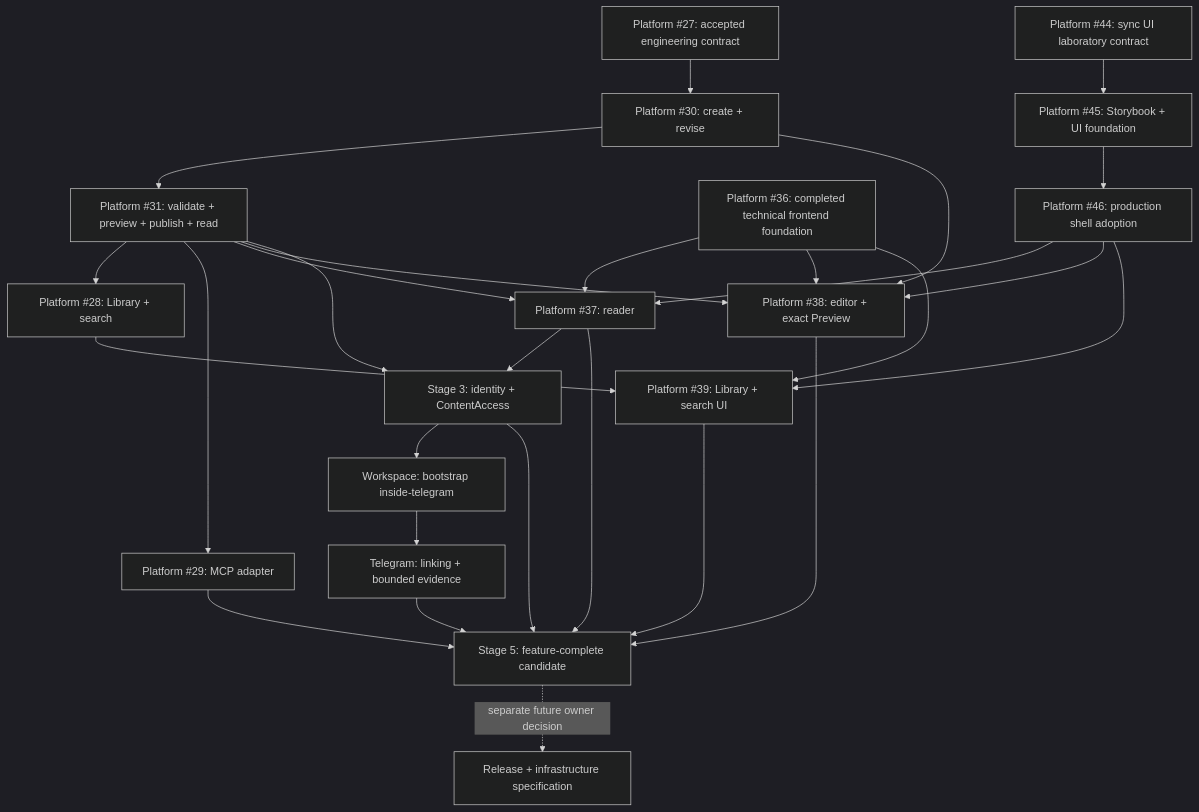
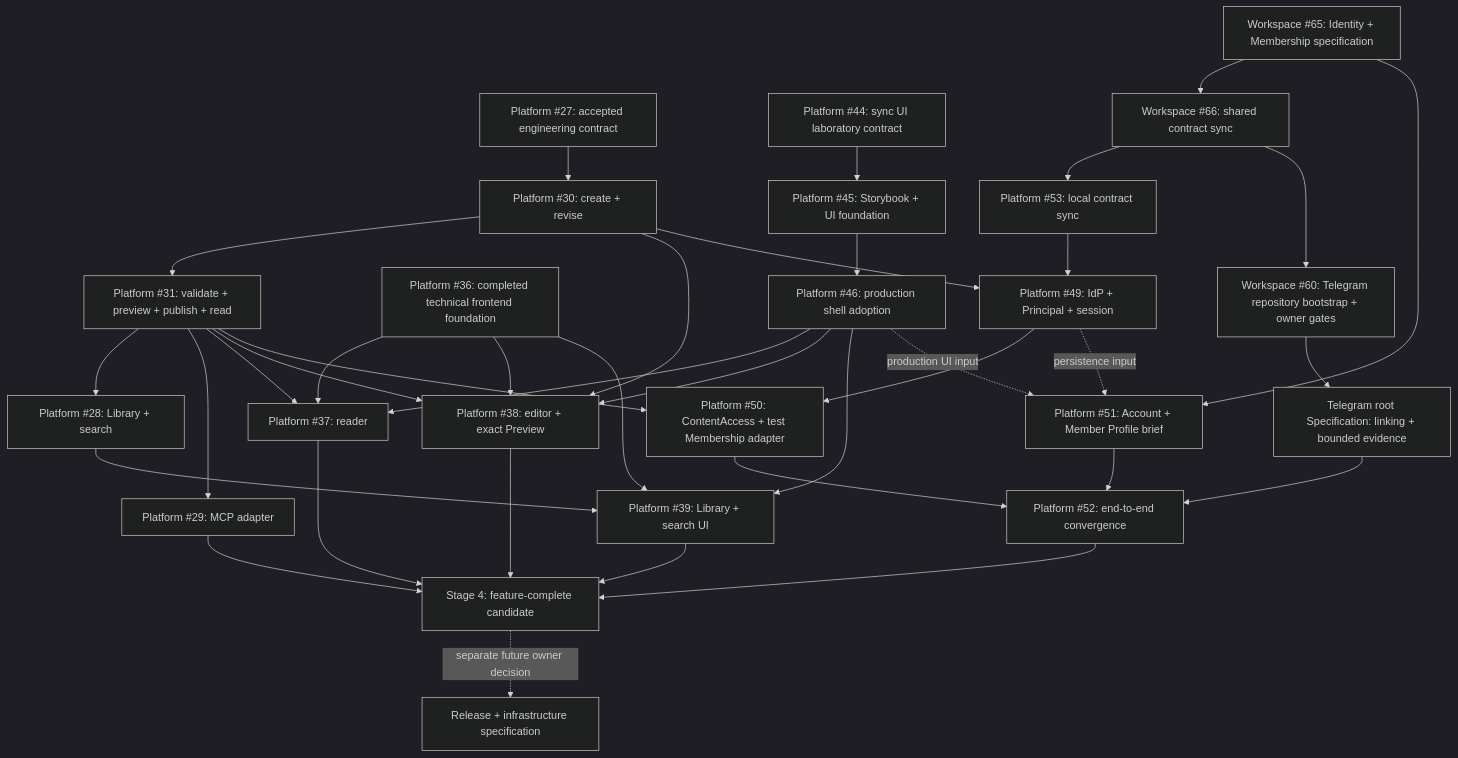
One commit to sachkov-inside/workspace changed the second of 2 diagrams in docs/specifications/platform-v1.md. Above: the diagram before and after it, drawn with Mermaid (dark theme). The commit also changed other lines of this file and 4 other files, not shown here.

Commit message:
docs: specify identity and membership contract (#66) (#67)

````diff
--- a/docs/specifications/platform-v1.md
+++ b/docs/specifications/platform-v1.md
@@ -516,34 +557,46 @@
 ```mermaid
 flowchart TD
     E[Platform #27: accepted engineering contract] --> DRAFT[Platform #30: create + revise]
     DRAFT --> LIFE[Platform #31: validate + preview + publish + read]
     LIFE --> LIB[Platform #28: Library + search]
     LIFE --> MCP[Platform #29: MCP adapter]
 
     F[Platform #36: completed technical frontend foundation] --> READER[Platform #37: reader]
     F --> EDITOR[Platform #38: editor + exact Preview]
     F --> DISCOVERY[Platform #39: Library + search UI]
 
     SYNC[Platform #44: sync UI laboratory contract] --> LAB[Platform #45: Storybook + UI foundation]
     LAB --> SHELL[Platform #46: production shell adoption]
     SHELL --> READER
     SHELL --> EDITOR
     SHELL --> DISCOVERY
 
     LIFE --> READER
     DRAFT --> EDITOR
     LIFE --> EDITOR
     LIB --> DISCOVERY
 
-    LIFE --> S3[Stage 3: identity + ContentAccess]
-    READER --> S3
-    S3 --> B[Workspace: bootstrap inside-telegram]
-    B --> T[Telegram: linking + bounded evidence]
-    READER --> S5[Stage 5: feature-complete candidate]
-    EDITOR --> S5
-    DISCOVERY --> S5
-    MCP --> S5
-    S3 --> S5
-    T --> S5
-    S5 -. separate future owner decision .-> R[Release + infrastructure specification]
+    S65[Workspace #65: Identity + Membership specification] --> C66[Workspace #66: shared contract sync]
+    C66 --> P53[Platform #53: local contract sync]
+    C66 --> B60[Workspace #60: Telegram repository bootstrap + owner gates]
+    DRAFT --> ID49[Platform #49: IdP + Principal + session]
+    P53 --> ID49
+    ID49 --> ACCESS50[Platform #50: ContentAccess + test Membership adapter]
+    LIFE --> ACCESS50
+
+    S65 --> PROFILE51[Platform #51: Account + Member Profile brief]
+    ID49 -. persistence input .-> PROFILE51
+    SHELL -. production UI input .-> PROFILE51
+
+    B60 --> TG[Telegram root Specification: linking + bounded evidence]
+    ACCESS50 --> JOIN52[Platform #52: end-to-end convergence]
+    PROFILE51 --> JOIN52
+    TG --> JOIN52
+
+    READER --> S4[Stage 4: feature-complete candidate]
+    EDITOR --> S4
+    DISCOVERY --> S4
+    MCP --> S4
+    JOIN52 --> S4
+    S4 -. separate future owner decision .-> R[Release + infrastructure specification]
 ```
````
